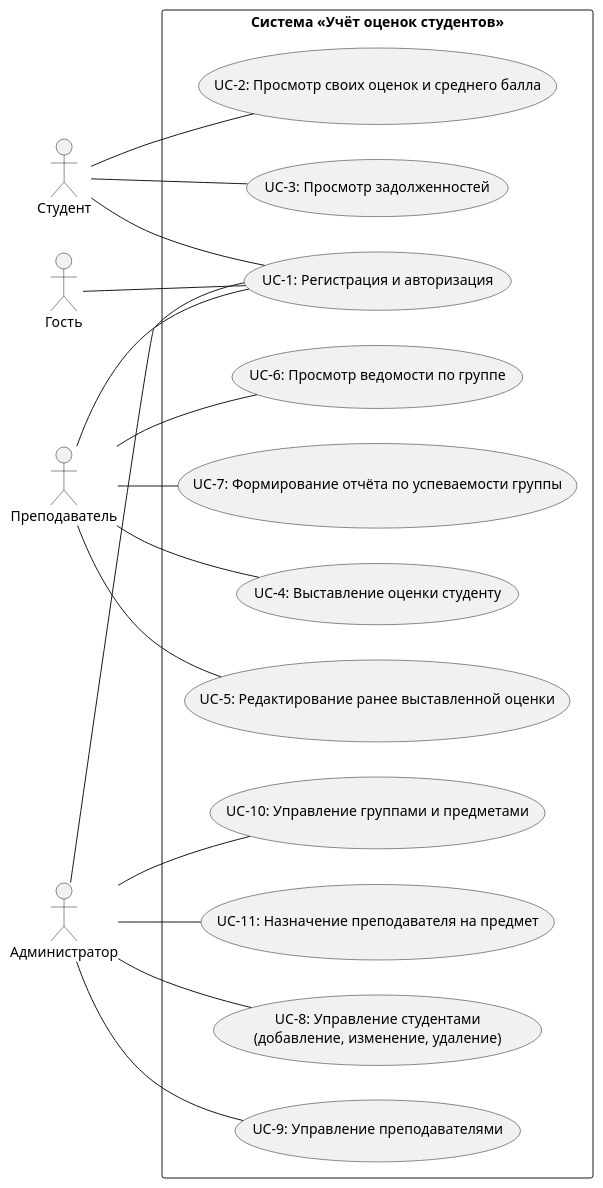
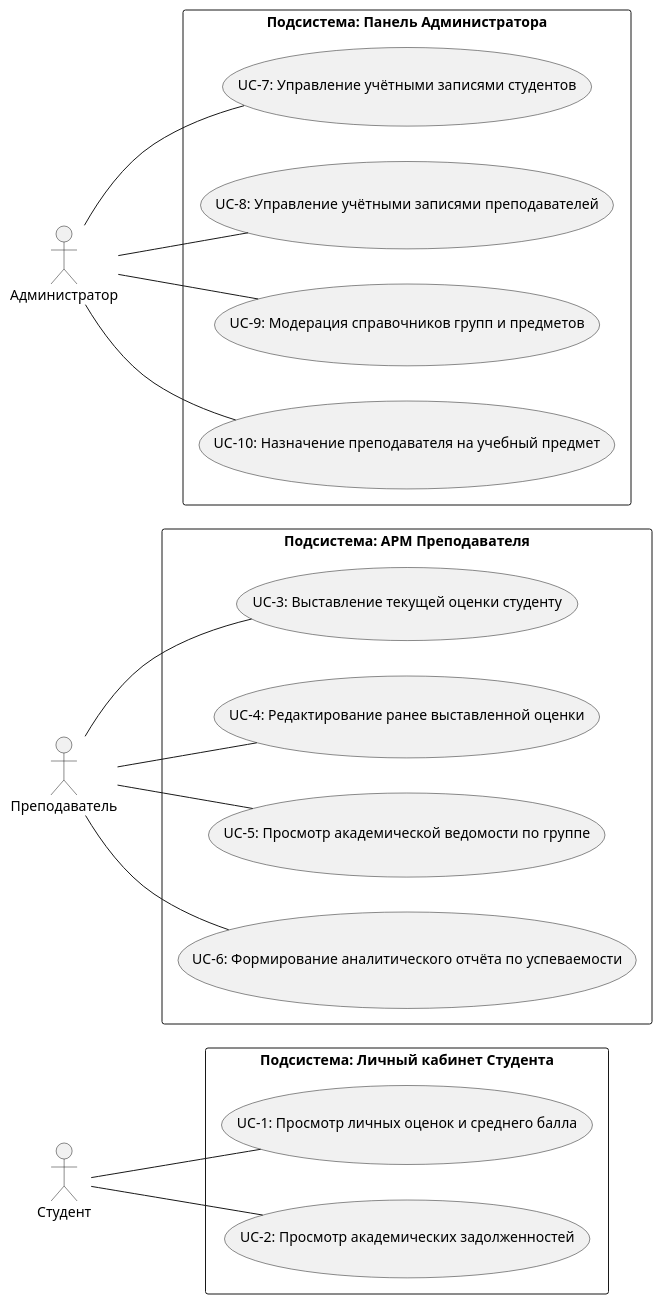
The diagram in docs/UseCase.plantuml (himera200/students-grades-project), drawn with PlantUML before and after one commit.

Commit message:
UseCase.plantuml

```diff
--- a/docs/UseCase.plantuml
+++ b/docs/UseCase.plantuml
@@ -1,49 +1,47 @@
 @startuml
 left to right direction
 skinparam packageStyle rectangle
 
-actor "Гость" as Guest
 actor "Студент" as Student
 actor "Преподаватель" as Teacher
 actor "Администратор" as Admin
 
-rectangle "Система «Учёт оценок студентов»" {
-    usecase "UC-1: Регистрация и авторизация" as UC_Auth
-    
-    usecase "UC-2: Просмотр своих оценок и среднего балла" as UC_ViewGrades
-    usecase "UC-3: Просмотр задолженностей" as UC_ViewDebts
-    
-    usecase "UC-4: Выставление оценки студенту" as UC_AddGrade
-    usecase "UC-5: Редактирование ранее выставленной оценки" as UC_EditGrade
-    usecase "UC-6: Просмотр ведомости по группе" as UC_ViewGroupW
-    usecase "UC-7: Формирование отчёта по успеваемости группы" as UC_ReportGroup
-    
-    usecase "UC-8: Управление студентами\n(добавление, изменение, удаление)" as UC_ManageStudents
-    usecase "UC-9: Управление преподавателями" as UC_ManageTeachers
-    usecase "UC-10: Управление группами и предметами" as UC_ManageRefs
-    usecase "UC-11: Назначение преподавателя на предмет" as UC_AssignTeacher
+' 1. МОДУЛЬ СТУДЕНТА
+rectangle "Подсистема: Личный кабинет Студента" {
+    usecase "UC-1: Просмотр личных оценок и среднего балла" as UC_ViewGrades
+    usecase "UC-2: Просмотр академических задолженностей" as UC_ViewDebts
 }
 
-' --- БЛОК СВЯЗЕЙ ДЛЯ ГОСТЯ ---
-Guest -- UC_Auth
+' 2. МОДУЛЬ ПРЕПОДАВАТЕЛЯ
+rectangle "Подсистема: АРМ Преподавателя" {
+    usecase "UC-3: Выставление текущей оценки студенту" as UC_AddGrade
+    usecase "UC-4: Редактирование ранее выставленной оценки" as UC_EditGrade
+    usecase "UC-5: Просмотр академической ведомости по группе" as UC_ViewGroupW
+    usecase "UC-6: Формирование аналитического отчёта по успеваемости" as UC_ReportGroup
+}
 
-' --- БЛОК СВЯЗЕЙ ДЛЯ СТУДЕНТА ---
-Student -- UC_Auth
+' 3. МОДУЛЬ АДМИНИСТРАТОРА
+rectangle "Подсистема: Панель Администратора" {
+    usecase "UC-7: Управление учётными записями студентов" as UC_ManageStudents
+    usecase "UC-8: Управление учётными записями преподавателей" as UC_ManageTeachers
+    usecase "UC-9: Модерация справочников групп и предметов" as UC_ManageRefs
+    usecase "UC-10: Назначение преподавателя на учебный предмет" as UC_AssignTeacher
+}
+
+' --- Связи авторизованного Студента ---
 Student -- UC_ViewGrades
 Student -- UC_ViewDebts
 
-' --- БЛОК СВЯЗЕЙ ДЛЯ ПРЕПОДАВАТЕЛЯ ---
-Teacher -- UC_Auth
+' --- Связи авторизованного Преподавателя ---
 Teacher -- UC_AddGrade
 Teacher -- UC_EditGrade
 Teacher -- UC_ViewGroupW
 Teacher -- UC_ReportGroup
 
-' --- БЛОК СВЯЗЕЙ ДЛЯ АДМИНИСТРАТОРА ---
-Admin -- UC_Auth
+' --- Связи авторизованного Администратора ---
 Admin -- UC_ManageStudents
 Admin -- UC_ManageTeachers
 Admin -- UC_ManageRefs
 Admin -- UC_AssignTeacher
 
 @enduml
```
